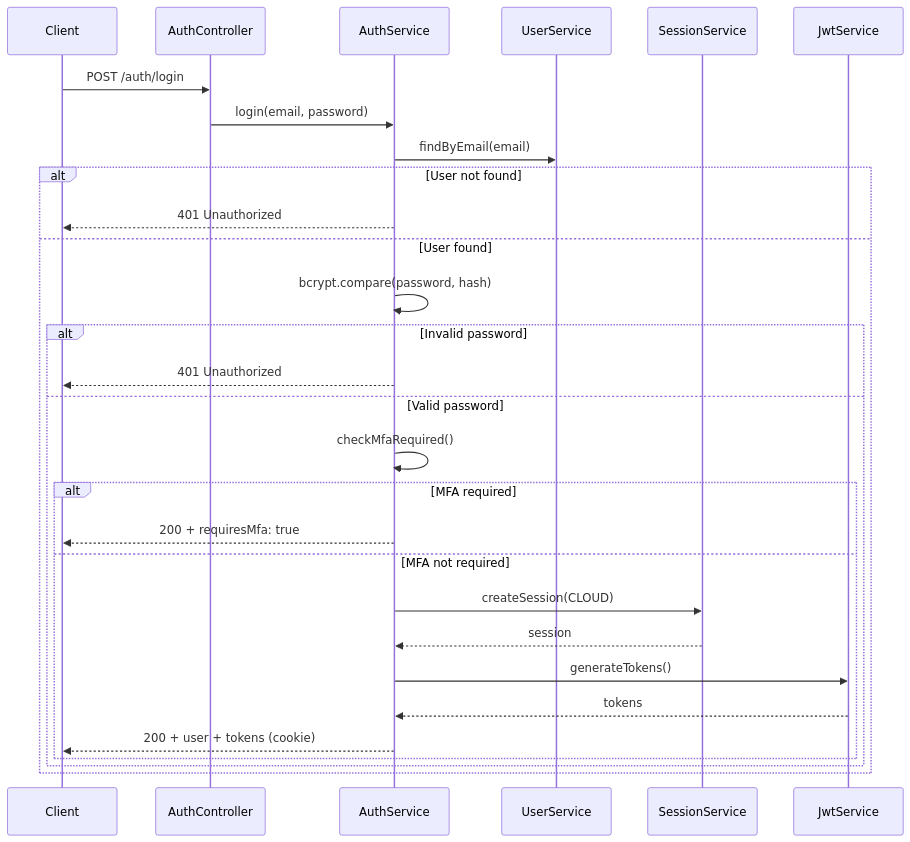
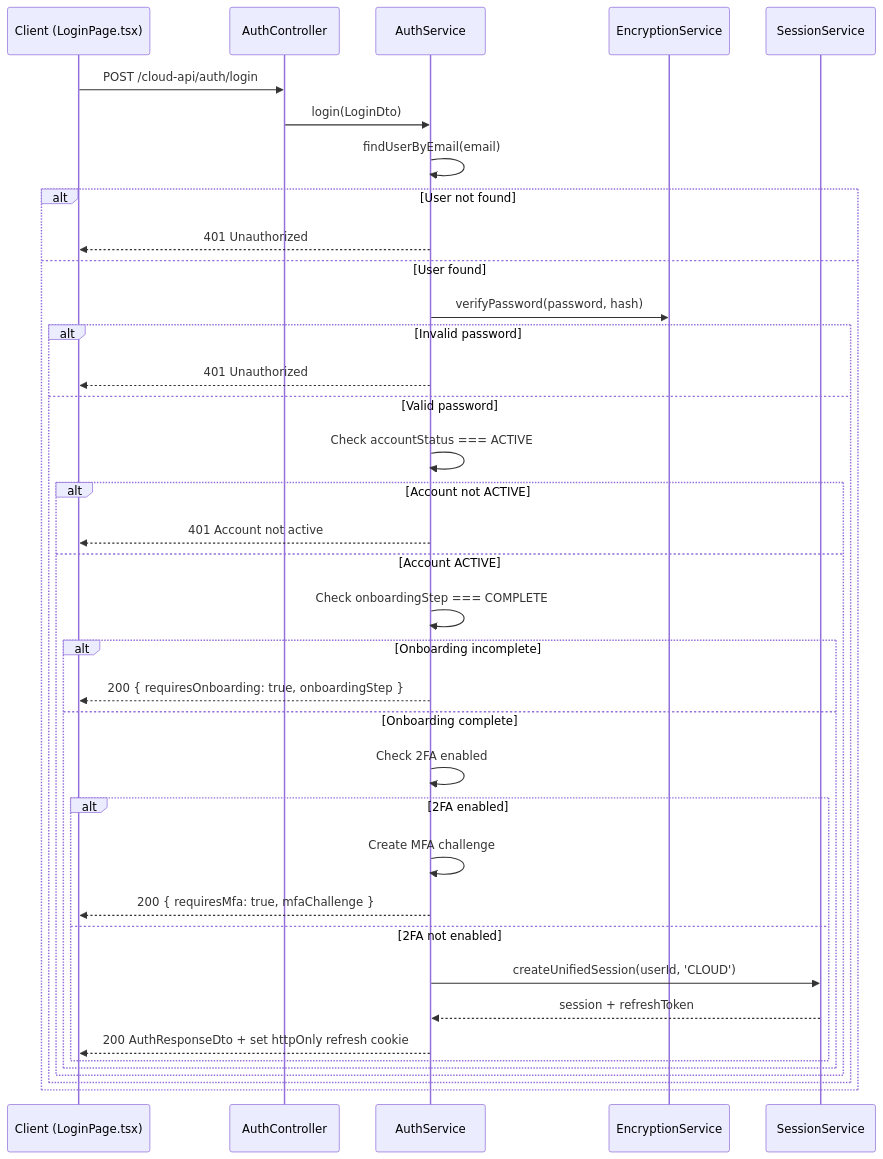
One commit to vritti-ai-platforms/developer-docs changed the second of 4 diagrams in features/auth/signup-login.mdx. Above: the diagram before and after it, drawn with Mermaid. The commit also changed other lines of this file and 25 other files, not shown here.

Commit message:
Remove onboarding documentation for password setup, phone verification, and passkeys

````diff
--- a/features/auth/signup-login.mdx
+++ b/features/auth/signup-login.mdx
@@ -182,32 +211,40 @@
 ```mermaid
 sequenceDiagram
-    participant Client
-    participant AuthController
+    participant Client as Client (LoginPage.tsx)
+    participant Controller as AuthController
     participant AuthService
-    participant UserService
+    participant EncryptionService
     participant SessionService
-    participant JwtService
 
-    Client->>AuthController: POST /auth/login
-    AuthController->>AuthService: login(email, password)
-    AuthService->>UserService: findByEmail(email)
+    Client->>Controller: POST /cloud-api/auth/login
+    Controller->>AuthService: login(LoginDto)
+    AuthService->>AuthService: findUserByEmail(email)
     alt User not found
         AuthService-->>Client: 401 Unauthorized
     else User found
-        AuthService->>AuthService: bcrypt.compare(password, hash)
+        AuthService->>EncryptionService: verifyPassword(password, hash)
         alt Invalid password
             AuthService-->>Client: 401 Unauthorized
         else Valid password
-            AuthService->>AuthService: checkMfaRequired()
-            alt MFA required
-                AuthService-->>Client: 200 + requiresMfa: true
-            else MFA not required
-                AuthService->>SessionService: createSession(CLOUD)
-                SessionService-->>AuthService: session
-                AuthService->>JwtService: generateTokens()
-                JwtService-->>AuthService: tokens
-                AuthService-->>Client: 200 + user + tokens (cookie)
+            AuthService->>AuthService: Check accountStatus === ACTIVE
+            alt Account not ACTIVE
+                AuthService-->>Client: 401 Account not active
+            else Account ACTIVE
+                AuthService->>AuthService: Check onboardingStep === COMPLETE
+                alt Onboarding incomplete
+                    AuthService-->>Client: 200 { requiresOnboarding: true, onboardingStep }
+                else Onboarding complete
+                    AuthService->>AuthService: Check 2FA enabled
+                    alt 2FA enabled
+                        AuthService->>AuthService: Create MFA challenge
+                        AuthService-->>Client: 200 { requiresMfa: true, mfaChallenge }
+                    else 2FA not enabled
+                        AuthService->>SessionService: createUnifiedSession(userId, 'CLOUD')
+                        SessionService-->>AuthService: session + refreshToken
+                        AuthService-->>Client: 200 AuthResponseDto + set httpOnly refresh cookie
+                    end
+                end
             end
         end
     end
 ```
````
